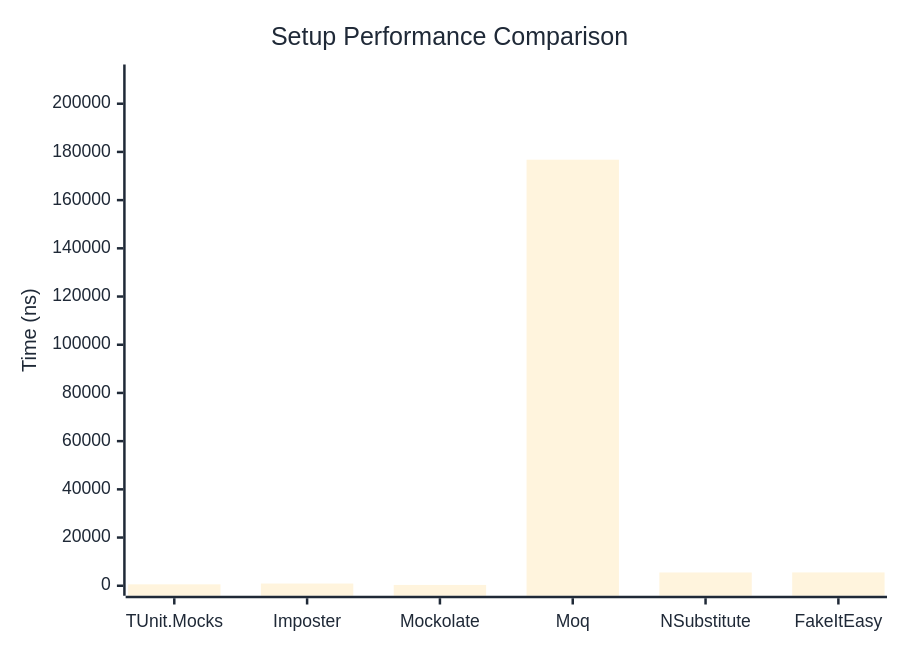
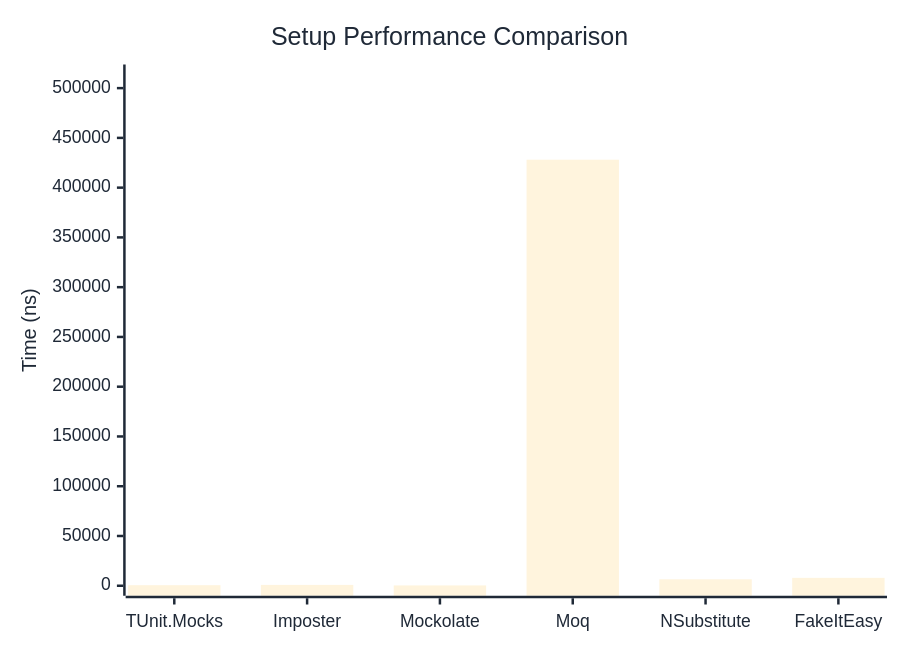
Before and after one commit to thomhurst/TUnit: the first of 2 diagrams in docs/docs/benchmarks/mocks/Setup.md, drawn with Mermaid. The commit also changed other lines of this file and 14 other files, not shown here.

````diff
--- a/docs/docs/benchmarks/mocks/Setup.md
+++ b/docs/docs/benchmarks/mocks/Setup.md
@@ -30,27 +30,27 @@
 ```mermaid
 %%{init: {
   'theme':'base',
   'themeVariables': {
     'primaryColor': '#2563eb',
     'primaryTextColor': '#1f2937',
     'primaryBorderColor': '#1e40af',
     'lineColor': '#6b7280',
     'secondaryColor': '#7c3aed',
     'tertiaryColor': '#dc2626',
     'background': '#ffffff',
     'pie1': '#2563eb',
     'pie2': '#7c3aed',
     'pie3': '#dc2626',
     'pie4': '#f59e0b',
     'pie5': '#10b981',
     'pie6': '#06b6d4',
     'pie7': '#ec4899',
     'pie8': '#6366f1'
   }
 }}%%
 xychart-beta
   title "Setup Performance Comparison"
   x-axis ["TUnit.Mocks", "Imposter", "Mockolate", "Moq", "NSubstitute", "FakeItEasy"]
-  y-axis "Time (ns)" 0 --> 212123
-  bar [585.9, 922.9, 337.1, 176768.6, 5502, 5529.3]
+  y-axis "Time (ns)" 0 --> 513687
+  bar [557.6, 839.8, 326.3, 428072, 6479.2, 7947.1]
 ```
````
